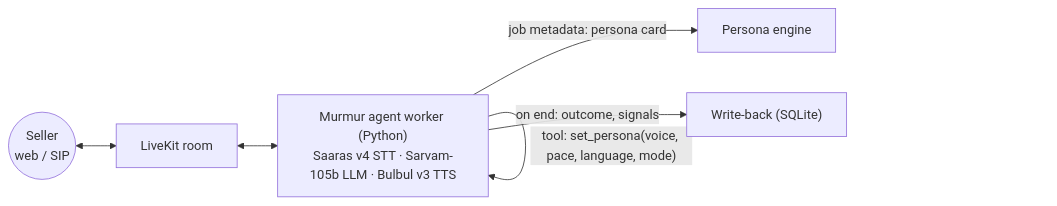
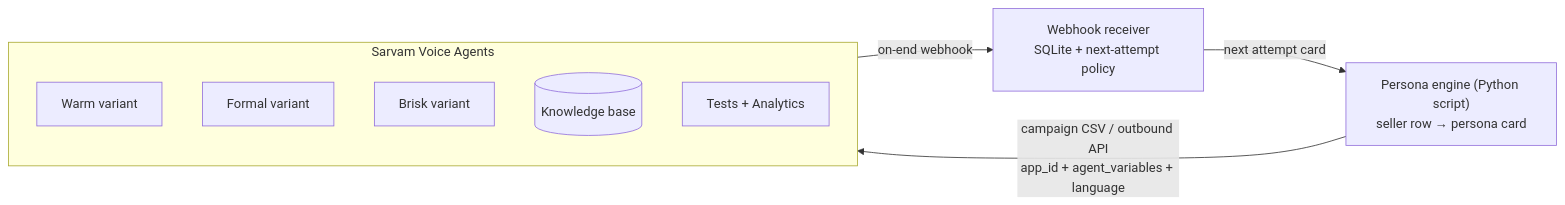
One commit to Pratik-Singh-web/Murmur changed the first of 3 diagrams in docs/candidates/p4-persona-design/architecture.md. Above: the diagram before and after it, drawn with Mermaid. The commit also changed other lines of this file and 5 other files, not shown here.

First line of the commit message:
docs: fix build plan to Sarvam platform only (hosted Voice Agents)

````diff
--- a/docs/candidates/p4-persona-design/architecture.md
+++ b/docs/candidates/p4-persona-design/architecture.md
@@ -19,8 +30,13 @@
 ```mermaid
 flowchart LR
-    U(("Seller<br/>web / SIP")) <--> R["LiveKit room"]
-    R <--> AG["Murmur agent worker (Python)<br/>Saaras v4 STT · Sarvam-105b LLM · Bulbul v3 TTS"]
-    AG -- "job metadata: persona card" --> PE["Persona engine"]
-    AG -- "tool: set_persona(voice, pace, language, mode)" --> AG
-    AG -- "on end: outcome, signals" --> WB["Write-back (SQLite)"]
+    PE["Persona engine (Python script)<br/>seller row → persona card"] -- "campaign CSV / outbound API<br/>app_id + agent_variables + language" --> SV
+    subgraph SV["Sarvam Voice Agents"]
+        W["Warm variant"]
+        F["Formal variant"]
+        B["Brisk variant"]
+        KB[("Knowledge base")]
+        T["Tests + Analytics"]
+    end
+    SV -- "on-end webhook" --> WB["Webhook receiver<br/>SQLite + next-attempt policy"]
+    WB -- "next attempt card" --> PE
 ```
````
